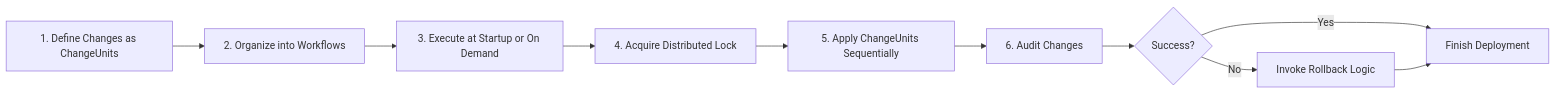
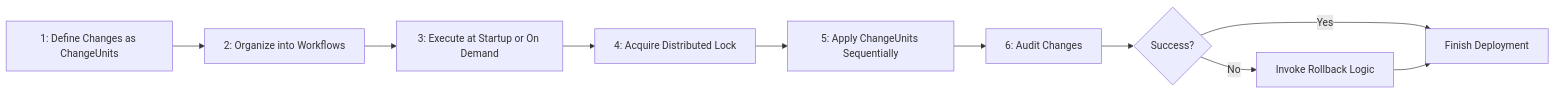
The diagram in docs/how-it-works.md (flamingock/flamingock.github.io), drawn with Mermaid before and after one commit.

Commit message:
add mermaid support

````diff
--- a/docs/how-it-works.md
+++ b/docs/how-it-works.md
@@ -11,12 +11,12 @@
 ```mermaid
 flowchart LR
-    A[1. Define Changes as ChangeUnits] --> B[2. Organize into Workflows]
-    B --> C[3. Execute at Startup or On Demand]
-    C --> D[4. Acquire Distributed Lock]
-    D --> E[5. Apply ChangeUnits Sequentially]
-    E --> F[6. Audit Changes]
+    A[1: Define Changes as ChangeUnits] --> B[2: Organize into Workflows]
+    B --> C[3: Execute at Startup or On Demand]
+    C --> D[4: Acquire Distributed Lock]
+    D --> E[5: Apply ChangeUnits Sequentially]
+    E --> F[6: Audit Changes]
     F --> G{Success?}
     G -- Yes --> H[Finish Deployment]
     G -- No --> I[Invoke Rollback Logic]
     I --> H
 ```
````
